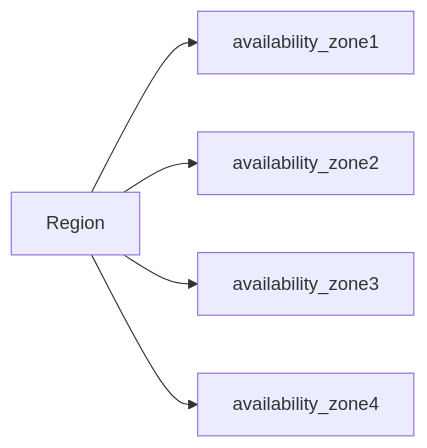
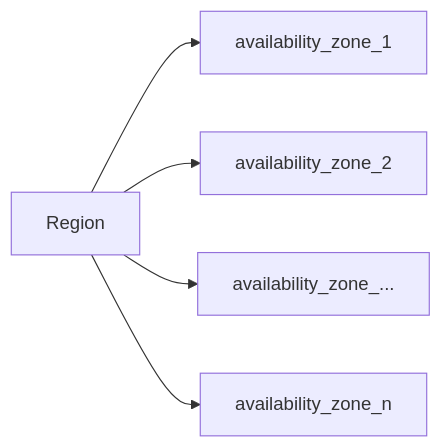
The diagram in vault/aws.notes.md (anbarasanv/my-knowledge-base), drawn with Mermaid before and after one commit. The commit also changed other lines of this file and 3 other files, not shown here.

````diff
--- a/vault/aws.notes.md
+++ b/vault/aws.notes.md
@@ -21,7 +21,7 @@
 ```mermaid
 graph LR;
-    Region --> availability_zone1
-    Region --> availability_zone2
-    Region --> availability_zone3
-    Region --> availability_zone4
+    Region --> availability_zone_1
+    Region --> availability_zone_2
+    Region --> availability_zone_...
+    Region --> availability_zone_n
 ```
````
